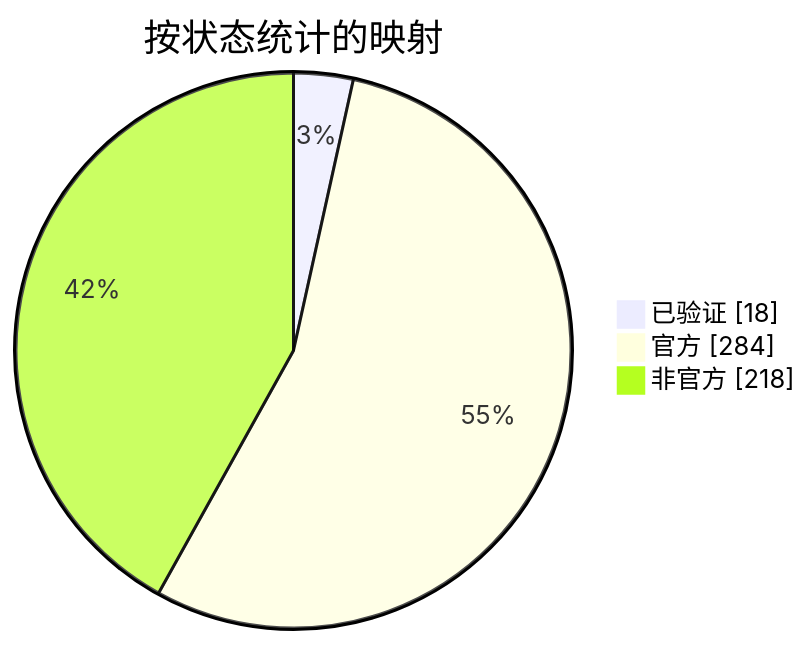
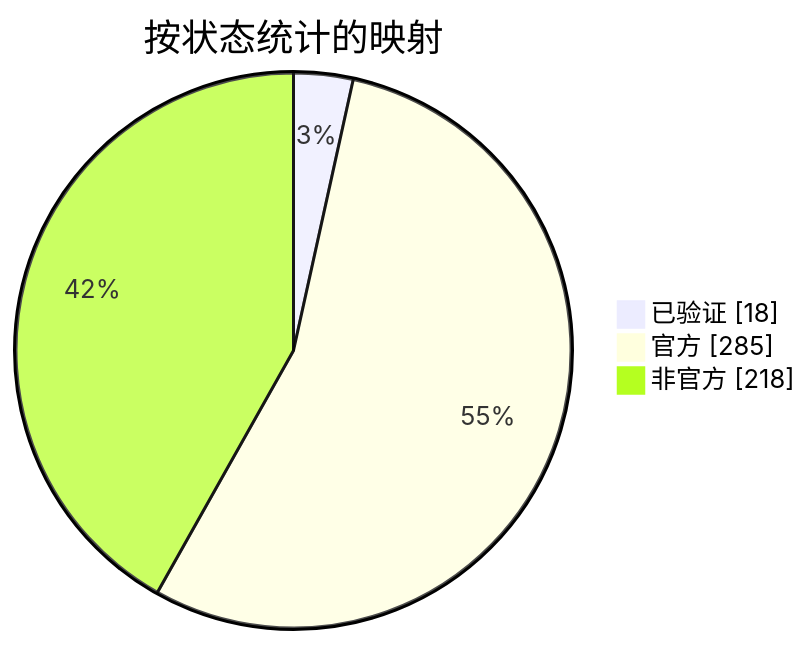
One commit to nobrega8/mbmap-library changed the diagram in docs/readme/README_ZHS.md. Above: the diagram before and after it, drawn with Mermaid. The commit also changed 5 other files, not shown here.

````diff
--- a/docs/readme/README_ZHS.md
+++ b/docs/readme/README_ZHS.md
@@ -54,7 +54,7 @@
 ```mermaid
 pie showData
     title 按状态统计的映射
     "已验证" : 18
-    "官方" : 284
+    "官方" : 285
     "非官方" : 218
 ```
````
